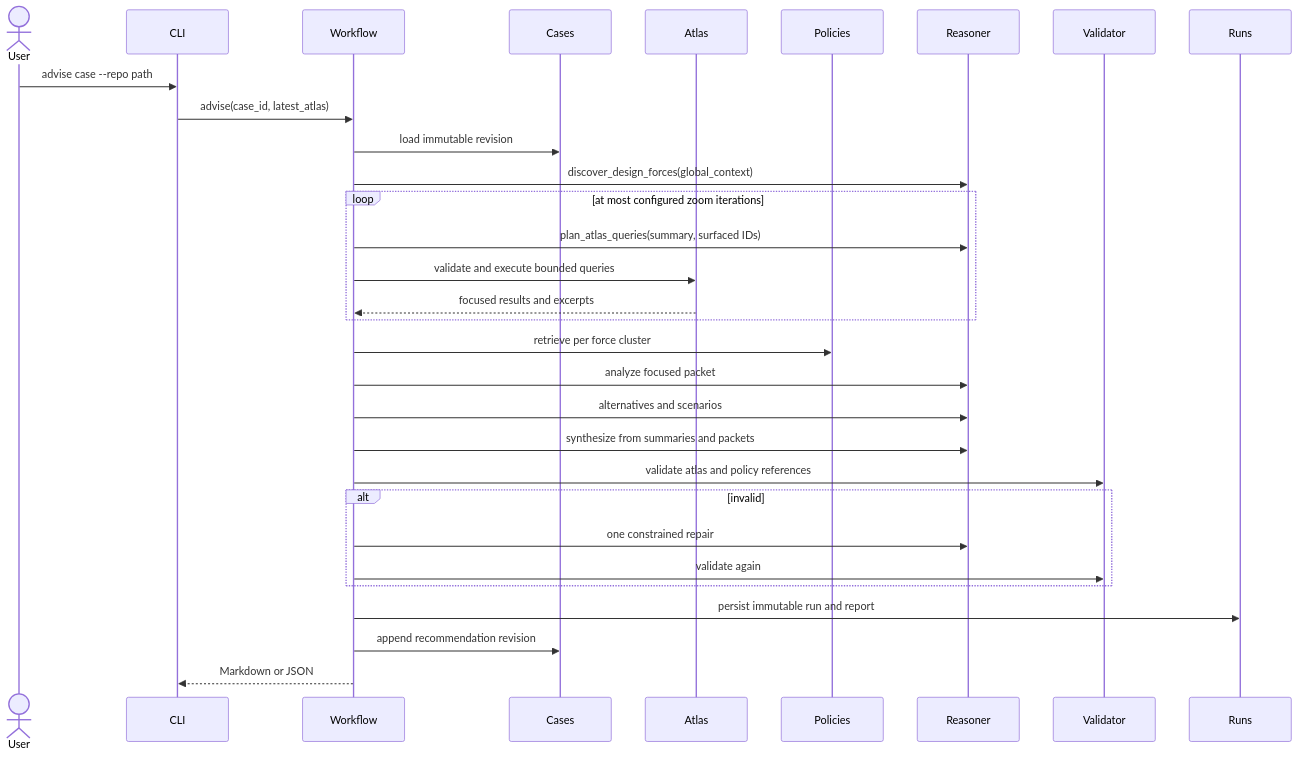
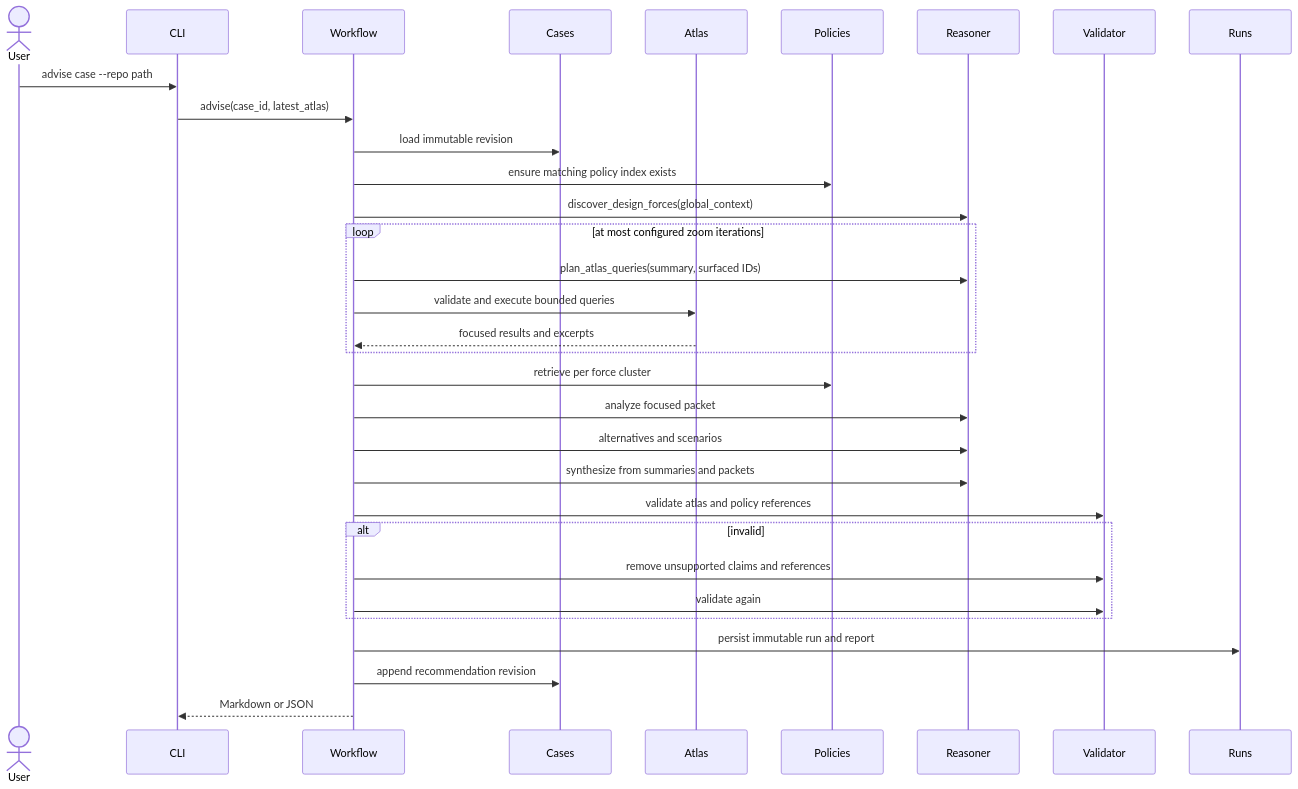
One commit to Furkan-rgb/arch_compass changed the diagram in docs/advisory-workflow.md. Above: the diagram before and after it, drawn with Mermaid. The commit also changed other lines of this file and 42 other files, not shown here.

First line of the commit message:
Refactor policy store and tests; introduce new policies and improve integration tests

````diff
--- a/docs/advisory-workflow.md
+++ b/docs/advisory-workflow.md
@@ -6,34 +6,35 @@
 ```mermaid
 sequenceDiagram
     actor User
     participant CLI
     participant Workflow
     participant Cases
     participant Atlas
     participant Policies
     participant Reasoner
     participant Validator
     participant Runs
 
     User->>CLI: advise case --repo path
     CLI->>Workflow: advise(case_id, latest_atlas)
     Workflow->>Cases: load immutable revision
+    Workflow->>Policies: ensure matching policy index exists
     Workflow->>Reasoner: discover_design_forces(global_context)
     loop at most configured zoom iterations
         Workflow->>Reasoner: plan_atlas_queries(summary, surfaced IDs)
         Workflow->>Atlas: validate and execute bounded queries
         Atlas-->>Workflow: focused results and excerpts
     end
     Workflow->>Policies: retrieve per force cluster
     Workflow->>Reasoner: analyze focused packet
     Workflow->>Reasoner: alternatives and scenarios
     Workflow->>Reasoner: synthesize from summaries and packets
     Workflow->>Validator: validate atlas and policy references
     alt invalid
-        Workflow->>Reasoner: one constrained repair
+        Workflow->>Validator: remove unsupported claims and references
         Workflow->>Validator: validate again
     end
     Workflow->>Runs: persist immutable run and report
     Workflow->>Cases: append recommendation revision
     Workflow-->>CLI: Markdown or JSON
 ```
````
